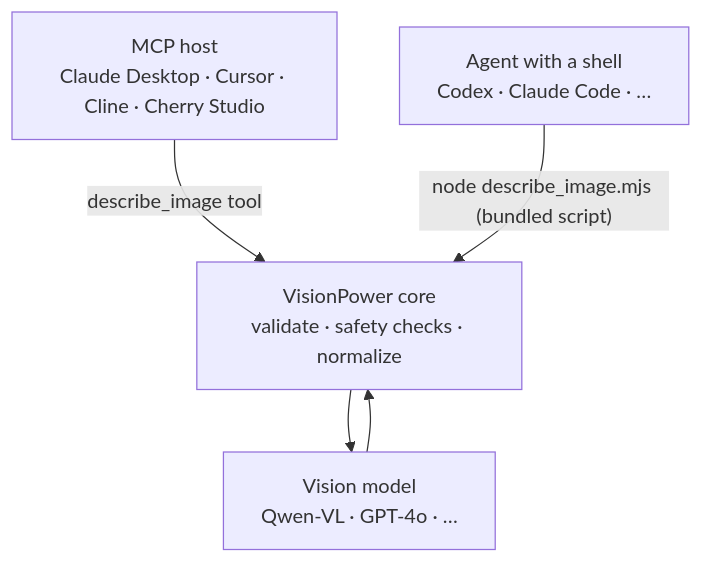
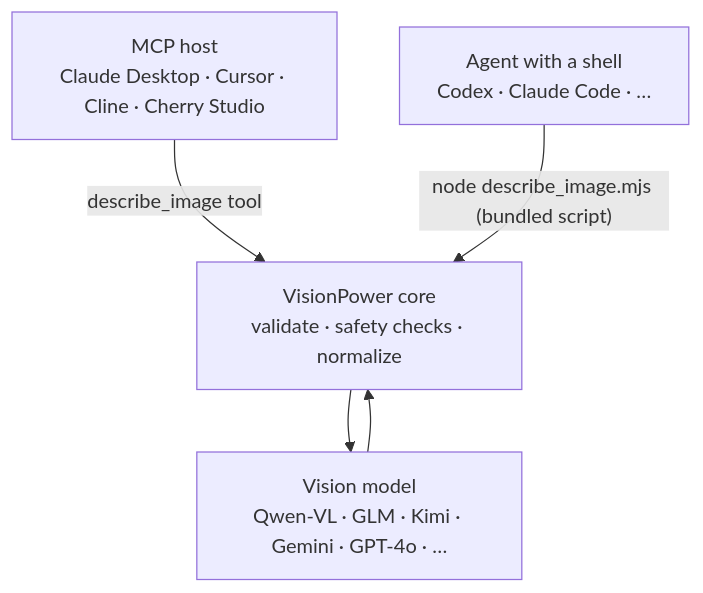
One commit to RunhuaHuang/VisionPower changed the diagram in README.en.md. Above: the diagram before and after it, drawn with Mermaid. The commit also changed other lines of this file and 8 other files, not shown here.

````diff
--- a/README.en.md
+++ b/README.en.md
@@ -268,10 +269,10 @@
 ```mermaid
 flowchart TB
     M["MCP host<br/>Claude Desktop · Cursor · Cline · Cherry Studio"]
     S["Agent with a shell<br/>Codex · Claude Code · …"]
     M -- "describe_image tool" --> CORE
     S -- "node describe_image.mjs (bundled script)" --> CORE
     CORE["VisionPower core<br/>validate · safety checks · normalize"]
-    CORE --> API["Vision model<br/>Qwen-VL · GPT-4o · …"]
+    CORE --> API["Vision model<br/>Qwen-VL · GLM · Kimi · Gemini · GPT-4o · …"]
     API --> CORE
 ```
````
